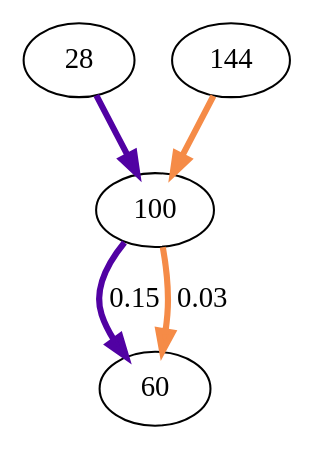
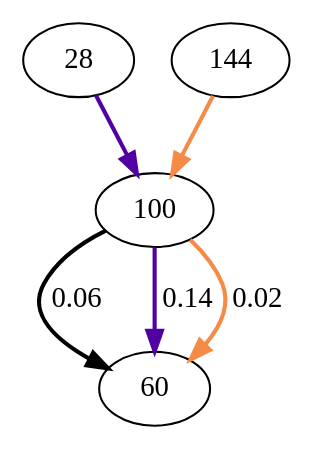
Before and after one commit to jonhyona/Potts_python_Ghislain: the diagram in graph/my_graph100.dot, drawn with Graphviz. The commit also changed 54 other files, not shown here.

```diff
--- a/graph/my_graph100.dot
+++ b/graph/my_graph100.dot
@@ -1,10 +1,11 @@
 digraph  {
 28;
 100;
 60;
 144;
-28 -> 100  [color="#5101a3", key=0, penwidth=3];
-100 -> 60  [color="#5101a3", key=0, label="0.15", penwidth=3];
-100 -> 60  [color="#f58b47", key=1, label="0.03", penwidth=3];
-144 -> 100  [color="#f58b47", key=0, penwidth=3];
+28 -> 100  [color="#5101a3", key=0, penwidth=2];
+100 -> 60  [color=black, key=0, label="0.06", penwidth=2];
+100 -> 60  [color="#5101a3", key=1, label="0.14", penwidth=2];
+100 -> 60  [color="#f58b47", key=2, label="0.02", penwidth=2];
+144 -> 100  [color="#f58b47", key=0, penwidth=2];
 }
```
